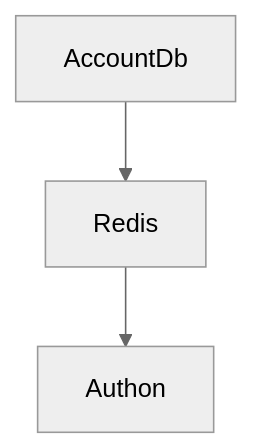
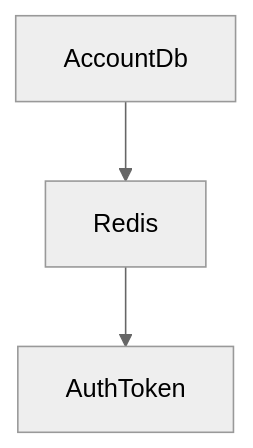
Before and after one commit to kory199/Unity-UnityKoreaAward: the diagram in README.md, drawn with Mermaid (neutral theme).

````diff
--- a/README.md
+++ b/README.md
@@ -7,5 +7,5 @@
 ```mermaid
 graph TD;
     AccountDb-->Redis;
-    Redis-->Authon;
+    Redis-->AuthToken;
 ```
````
